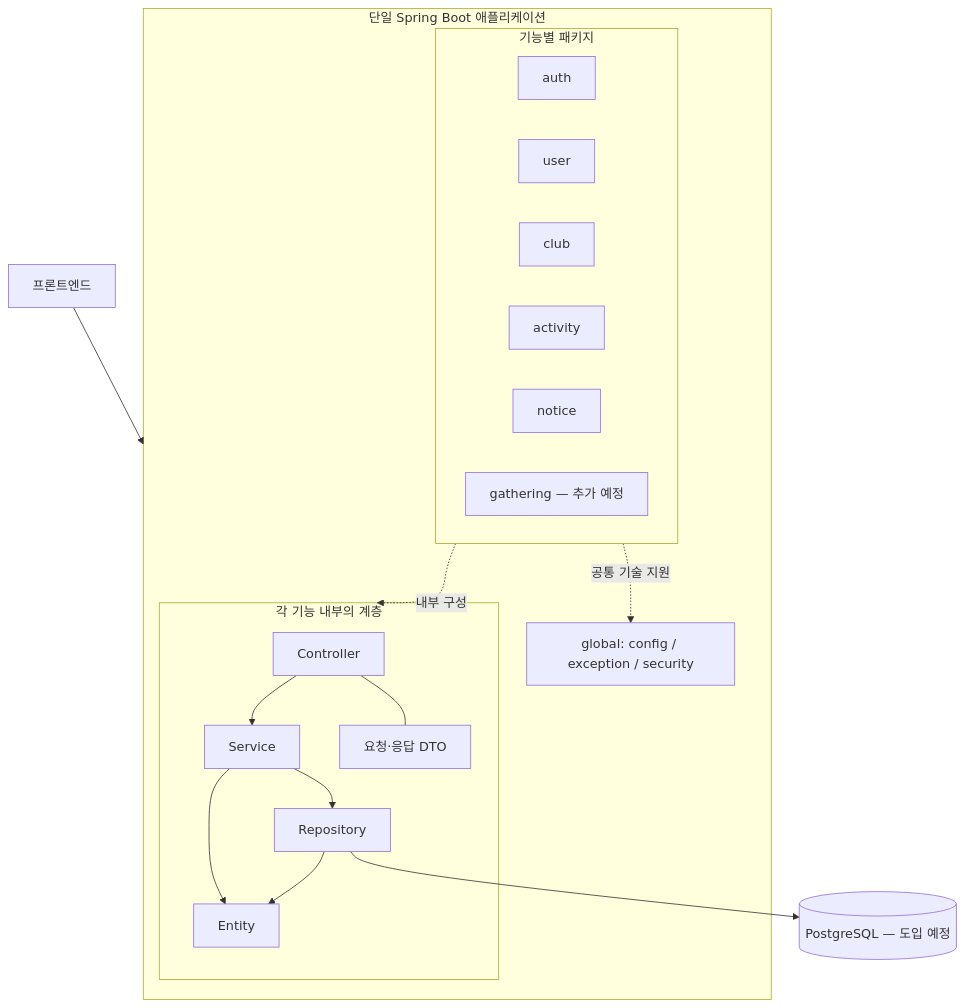
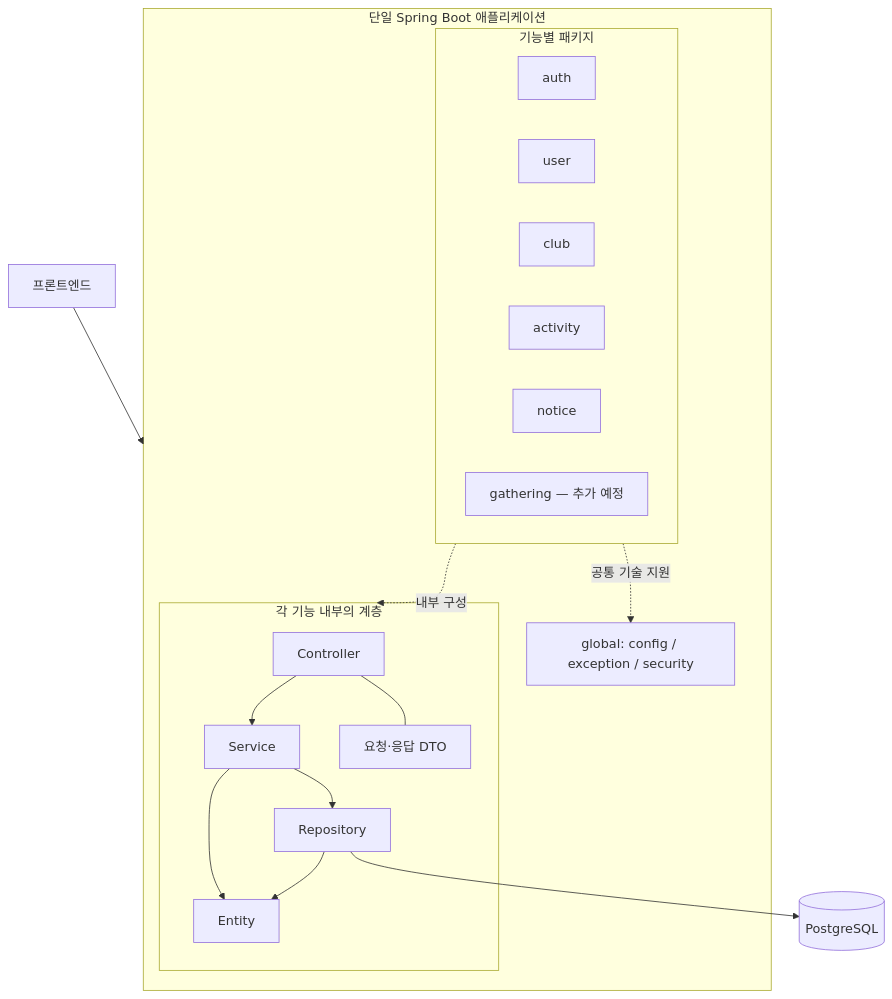
One commit to 42-clubs/42-clubs-BE changed the first of 2 diagrams in README.md. Above: the diagram before and after it, drawn with Mermaid. The commit also changed other lines of this file and 30 other files, not shown here.

Commit message:
feat: add PostgreSQL foundation and public club queries

````diff
--- a/README.md
+++ b/README.md
@@ -73,25 +104,25 @@
 ```mermaid
 flowchart TB
     Client[프론트엔드] --> API
     subgraph API[단일 Spring Boot 애플리케이션]
         subgraph Features[기능별 패키지]
             Auth[auth]
             User[user]
             Club[club]
             Activity[activity]
             Notice[notice]
             Gathering[gathering — 추가 예정]
         end
         subgraph Layers[각 기능 내부의 계층]
             Controller[Controller] --> Service[Service]
             Service --> Repository[Repository]
             Service --> Entity[Entity]
             Repository --> Entity
             Controller --- DTO[요청·응답 DTO]
         end
         Features -. 내부 구성 .-> Layers
         Global[global: config / exception / security]
         Features -. 공통 기술 지원 .-> Global
     end
-    Repository --> DB[(PostgreSQL — 도입 예정)]
+    Repository --> DB[(PostgreSQL)]
 ```
````
